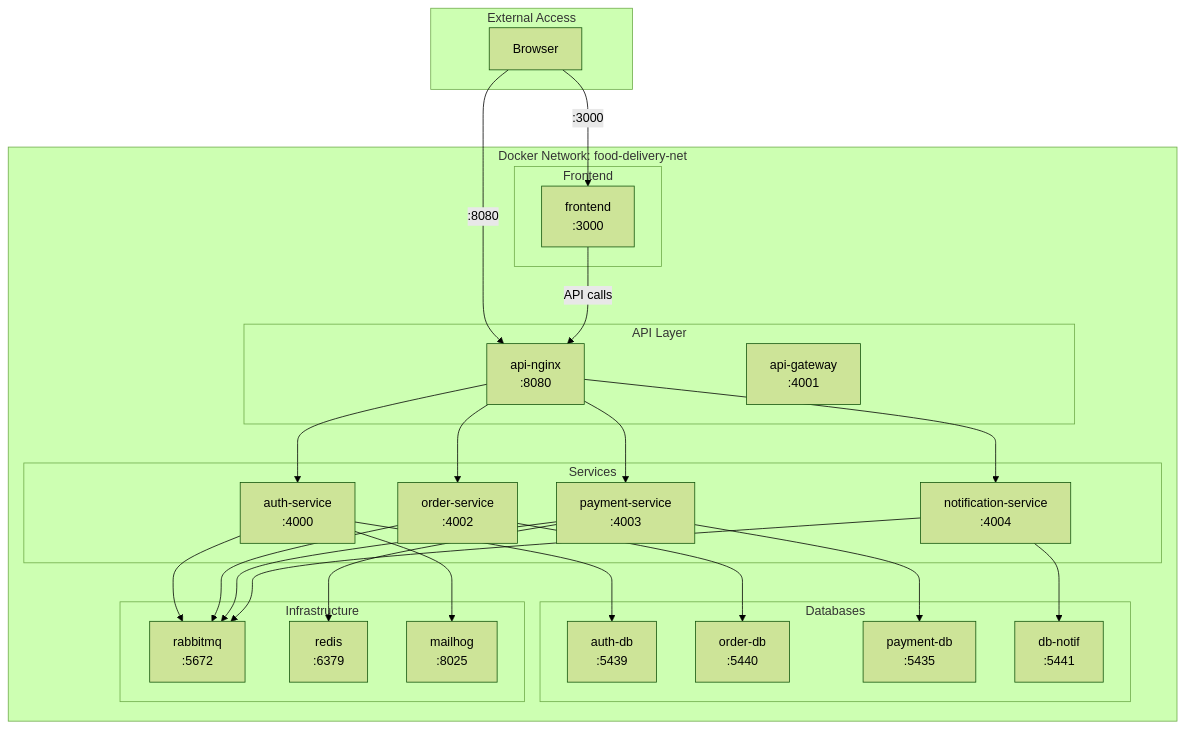
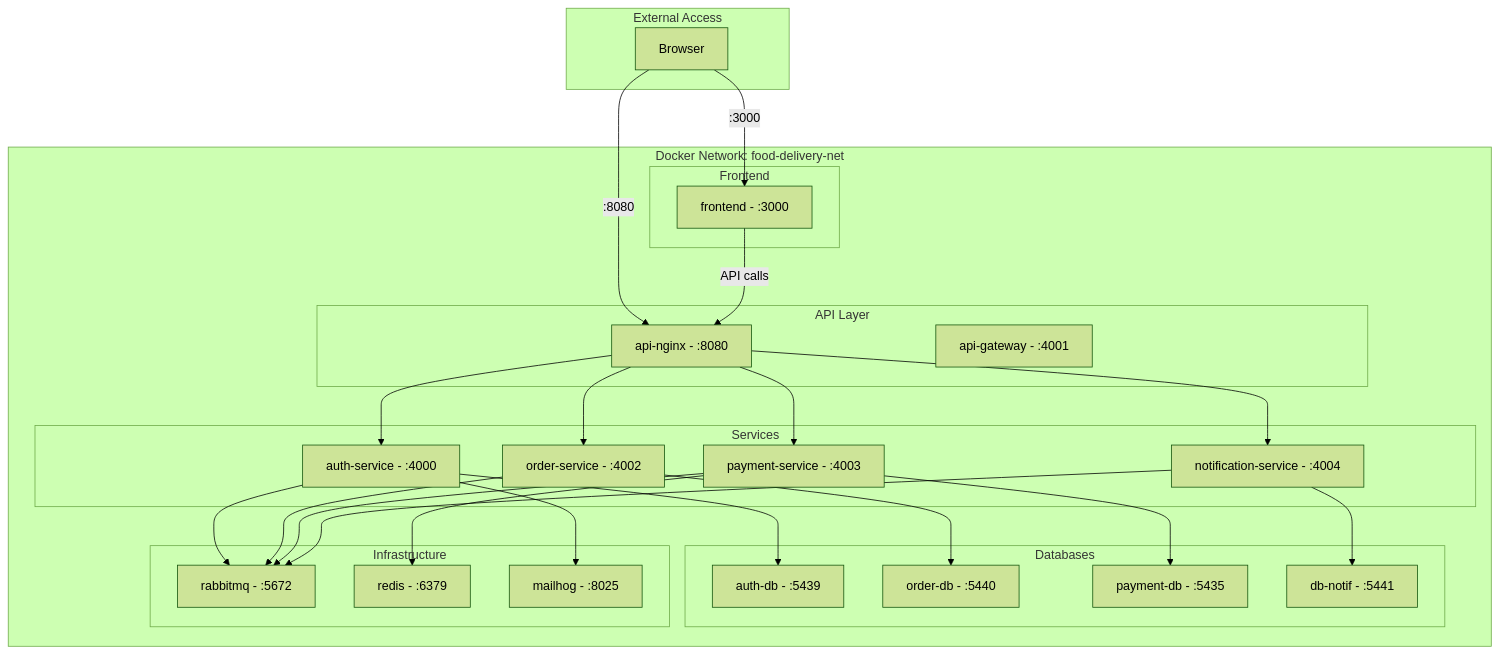
Diagram 19 of 21 in profile/README.md (Food-Delivery-Aggregator/.github), drawn with Mermaid (forest theme) before and after one commit. The commit also changed other lines of this file, not shown here.

Commit message:
Refactor mermaid diagrams for clarity and consistency

````diff
--- a/profile/README.md
+++ b/profile/README.md
@@ -1457,60 +1454,60 @@
 ```mermaid
-graph TB
+flowchart TB
     subgraph "External Access"
         BROWSER["Browser"]
     end
 
     subgraph "Docker Network: food-delivery-net"
         subgraph "Frontend"
-            FE["frontend\n:3000"]
+            FE["frontend - :3000"]
         end
 
         subgraph "API Layer"
-            NGINX["api-nginx\n:8080"]
-            GW["api-gateway\n:4001"]
+            NGINX["api-nginx - :8080"]
+            GW["api-gateway - :4001"]
         end
 
         subgraph "Services"
-            AUTH["auth-service\n:4000"]
-            ORDER["order-service\n:4002"]
-            PAY["payment-service\n:4003"]
-            NOTIF["notification-service\n:4004"]
+            AUTH["auth-service - :4000"]
+            ORDER["order-service - :4002"]
+            PAY["payment-service - :4003"]
+            NOTIF["notification-service - :4004"]
         end
 
         subgraph "Databases"
-            AUTH_DB["auth-db\n:5439"]
-            ORDER_DB["order-db\n:5440"]
-            PAY_DB["payment-db\n:5435"]
-            NOTIF_DB["db-notif\n:5441"]
+            AUTH_DB["auth-db - :5439"]
+            ORDER_DB["order-db - :5440"]
+            PAY_DB["payment-db - :5435"]
+            NOTIF_DB["db-notif - :5441"]
         end
 
         subgraph "Infrastructure"
-            RMQ["rabbitmq\n:5672"]
-            REDIS["redis\n:6379"]
-            MAIL["mailhog\n:8025"]
+            RMQ["rabbitmq - :5672"]
+            REDIS["redis - :6379"]
+            MAIL["mailhog - :8025"]
         end
     end
 
     BROWSER -->|":3000"| FE
     BROWSER -->|":8080"| NGINX
     FE -->|"API calls"| NGINX
 
     NGINX --> AUTH
     NGINX --> ORDER
     NGINX --> PAY
     NGINX --> NOTIF
 
     AUTH --> AUTH_DB
     AUTH --> RMQ
     AUTH --> MAIL
 
     ORDER --> ORDER_DB
     ORDER --> RMQ
 
     PAY --> PAY_DB
     PAY --> REDIS
     PAY --> RMQ
 
     NOTIF --> NOTIF_DB
     NOTIF --> RMQ
 ```
````
